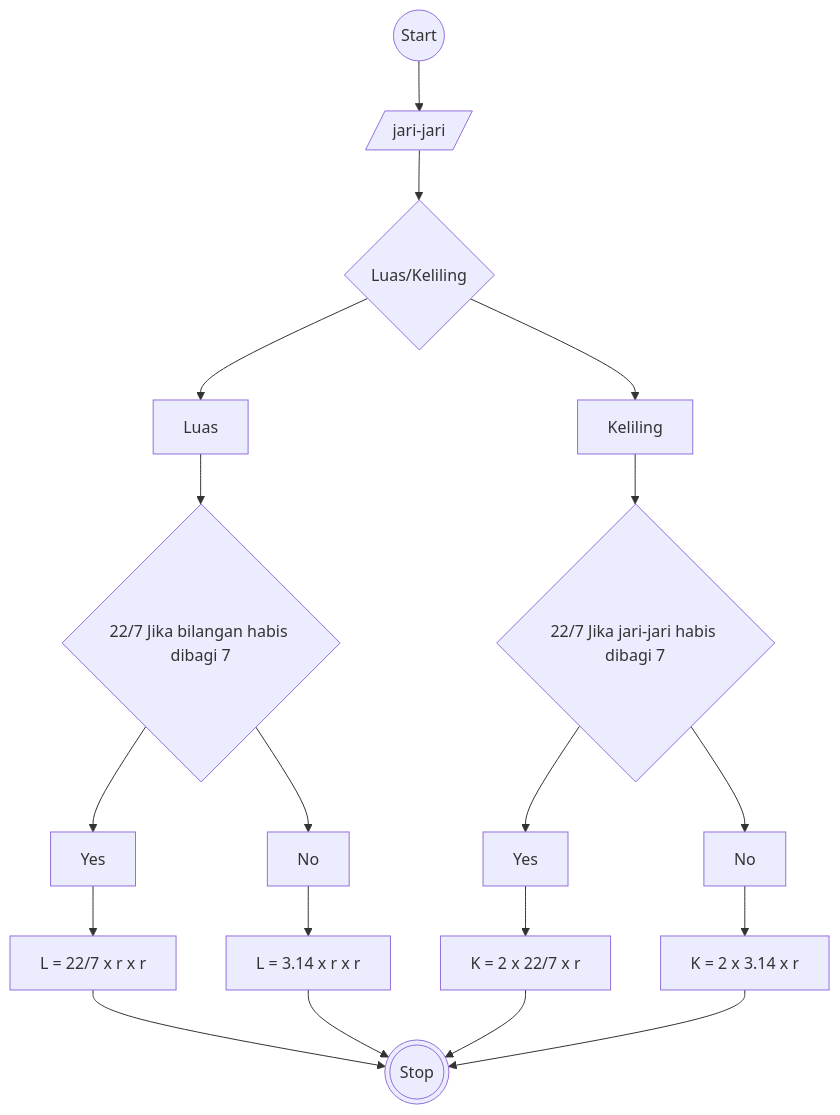
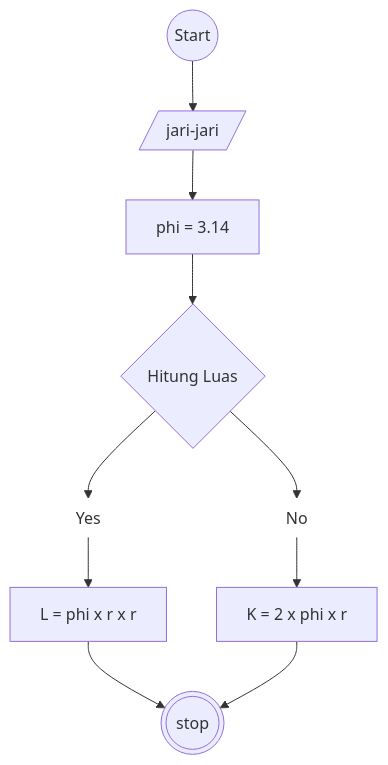
One commit to dev-Flone/koda-b1-algoritm changed the diagram in koda-b1-algoritm-luas-keliling-lingkaran.md. Above: the diagram before and after it, drawn with Mermaid. The commit also changed other lines of this file, not shown here.

Commit message:
Flowchart luas & keliling Lingkaran

````diff
--- a/koda-b1-algoritm-luas-keliling-lingkaran.md
+++ b/koda-b1-algoritm-luas-keliling-lingkaran.md
@@ -23,25 +23,13 @@
 ``` mermaid
 flowchart TD
-    start((Start)) --> jari[/jari-jari/] --> luaskeliling{Luas/Keliling}
-    luaskeliling --> luas[Luas] --> phi{22/7 Jika bilangan habis dibagi 7}
-    luaskeliling --> keliling[Keliling] --> phi2{22/7 Jika jari-jari habis dibagi 7}
+    start((Start)) --> jari[/jari-jari/] --> phi[phi = 3.14]
+    phi --> luaskeliling{Hitung Luas} --> yes@{ shape: text, label: "Yes" }
+    luaskeliling --> no@{ shape: text, label: "No" }
 
-    phi --> yl[Yes]
-    phi --> nl[No]
+    yes --> luas[L = phi x r x r]
+    no --> keliling[K = 2 x phi x r]
 
-    yl --> hitungLuas[L = 22/7 x r x r]
-    nl --> hitungLuas2[L = 3.14 x r x r]
-
-
-    phi2 --> yk[Yes]
-    phi2 --> nk[No]
-
-    yk --> hitungKeliling[K = 2 x 22/7 x r]
-    nk --> hitungKeliling2[K = 2 x 3.14 x r]
-
-    hitungLuas --> stop(((Stop)))
-    hitungLuas2 --> stop(((Stop)))
-    hitungKeliling --> stop(((Stop)))
-    hitungKeliling2 --> stop(((Stop)))
+    luas --> stop(((stop)))
+    keliling --> stop
 
 ```
````
